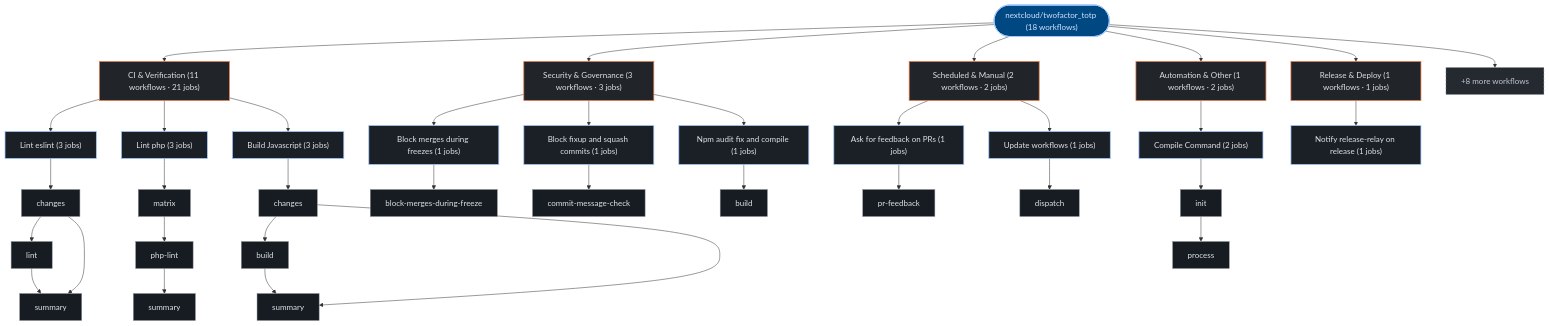
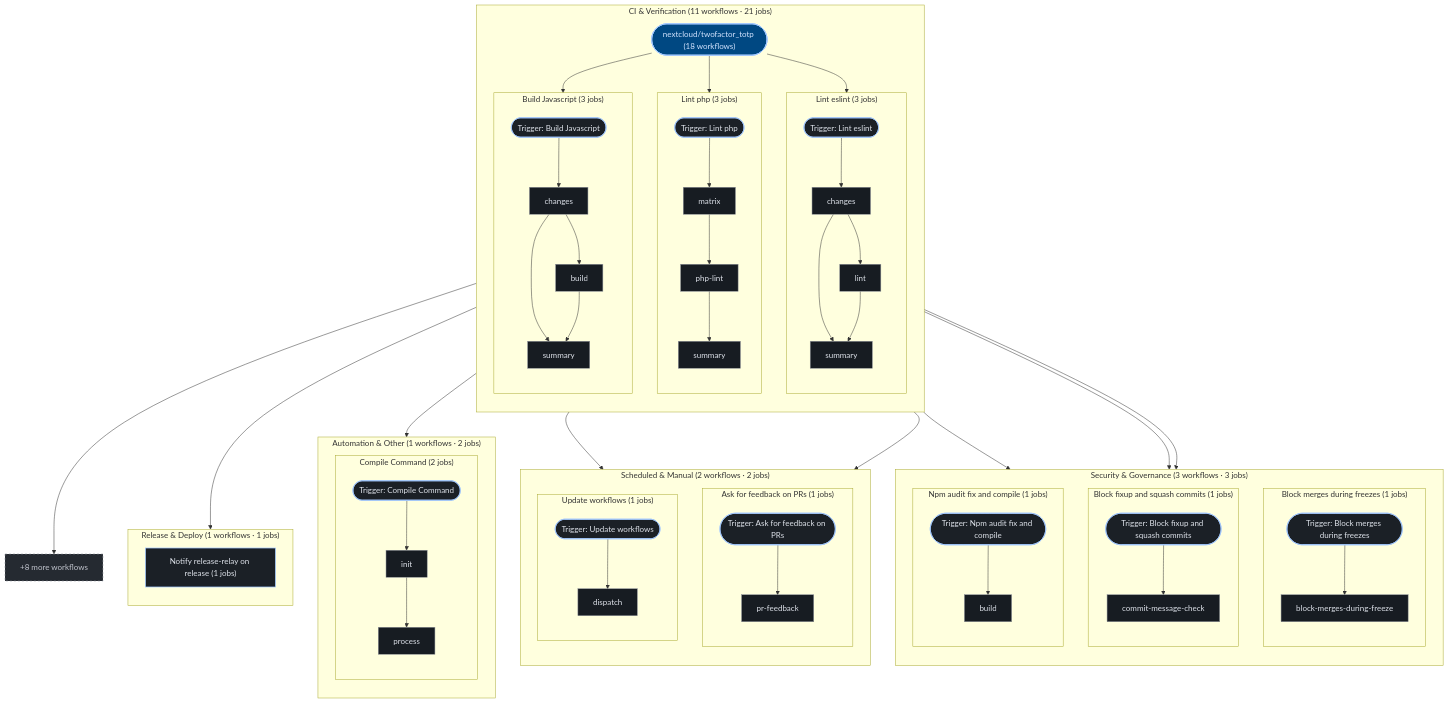
The second of 2 diagrams in exports/latest/reports/nextcloud-twofactor_totp-report.md (kumarshaz/atruss-code-atlas), drawn with Mermaid before and after one commit. The commit also changed 181 other files, not shown here.

````diff
--- a/exports/latest/reports/nextcloud-twofactor_totp-report.md
+++ b/exports/latest/reports/nextcloud-twofactor_totp-report.md
@@ -125,70 +125,102 @@
   classDef atlasAlert fill:#93000a,stroke:#ffb4ab,stroke-width:1.5px,color:#ffdad6
   classDef atlasMore fill:#252a31,stroke:#8d9199,stroke-dasharray:4 4,color:#c3c6cf
   pipeline_root(["nextcloud/twofactor_totp (18 workflows)"]):::atlasRoot
-  grp_0_CI___Verification["CI & Verification (11 workflows · 21 jobs)"]:::atlasCategory
-  pipeline_root --> grp_0_CI___Verification
-  wf_3_Lint_eslint["Lint eslint (3 jobs)"]:::atlasWorkflow
-  grp_0_CI___Verification --> wf_3_Lint_eslint
-  job_3_changes["changes"]:::atlasJob
-  job_3_lint["lint"]:::atlasJob
-  job_3_summary["summary"]:::atlasJob
-  wf_3_Lint_eslint --> job_3_changes
-  job_3_changes --> job_3_lint
-  job_3_changes --> job_3_summary
-  job_3_lint --> job_3_summary
-  wf_6_Lint_php["Lint php (3 jobs)"]:::atlasWorkflow
-  grp_0_CI___Verification --> wf_6_Lint_php
-  job_6_matrix["matrix"]:::atlasJob
-  job_6_php_lint["php-lint"]:::atlasJob
-  job_6_summary["summary"]:::atlasJob
-  wf_6_Lint_php --> job_6_matrix
-  job_6_matrix --> job_6_php_lint
-  job_6_php_lint --> job_6_summary
-  wf_10_Build_Javascript["Build Javascript (3 jobs)"]:::atlasWorkflow
-  grp_0_CI___Verification --> wf_10_Build_Javascript
-  job_10_changes["changes"]:::atlasJob
-  job_10_build["build"]:::atlasJob
-  job_10_summary["summary"]:::atlasJob
-  wf_10_Build_Javascript --> job_10_changes
-  job_10_changes --> job_10_build
-  job_10_changes --> job_10_summary
-  job_10_build --> job_10_summary
-  grp_1_Security___Governance["Security & Governance (3 workflows · 3 jobs)"]:::atlasCategory
-  pipeline_root --> grp_1_Security___Governance
-  wf_0_Block_merges_during_freezes["Block merges during freezes (1 jobs)"]:::atlasWorkflow
-  grp_1_Security___Governance --> wf_0_Block_merges_during_freezes
-  job_0_block_merges_during_freeze["block-merges-during-freeze"]:::atlasJob
-  wf_0_Block_merges_during_freezes --> job_0_block_merges_during_freeze
-  wf_2_Block_fixup_and_squash_commits["Block fixup and squash commits (1 jobs)"]:::atlasWorkflow
-  grp_1_Security___Governance --> wf_2_Block_fixup_and_squash_commits
-  job_2_commit_message_check["commit-message-check"]:::atlasJob
-  wf_2_Block_fixup_and_squash_commits --> job_2_commit_message_check
-  wf_9_Npm_audit_fix_and_compile["Npm audit fix and compile (1 jobs)"]:::atlasWorkflow
-  grp_1_Security___Governance --> wf_9_Npm_audit_fix_and_compile
-  job_9_build["build"]:::atlasJob
-  wf_9_Npm_audit_fix_and_compile --> job_9_build
-  grp_2_Scheduled___Manual["Scheduled & Manual (2 workflows · 2 jobs)"]:::atlasCategory
-  pipeline_root --> grp_2_Scheduled___Manual
-  wf_12_Ask_for_feedback_on_PRs["Ask for feedback on PRs (1 jobs)"]:::atlasWorkflow
-  grp_2_Scheduled___Manual --> wf_12_Ask_for_feedback_on_PRs
-  job_12_pr_feedback["pr-feedback"]:::atlasJob
-  wf_12_Ask_for_feedback_on_PRs --> job_12_pr_feedback
-  wf_16_Update_workflows["Update workflows (1 jobs)"]:::atlasWorkflow
-  grp_2_Scheduled___Manual --> wf_16_Update_workflows
-  job_16_dispatch["dispatch"]:::atlasJob
-  wf_16_Update_workflows --> job_16_dispatch
-  grp_3_Automation___Other["Automation & Other (1 workflows · 2 jobs)"]:::atlasCategory
-  pipeline_root --> grp_3_Automation___Other
-  wf_1_Compile_Command["Compile Command (2 jobs)"]:::atlasWorkflow
-  grp_3_Automation___Other --> wf_1_Compile_Command
-  job_1_init["init"]:::atlasJob
-  job_1_process["process"]:::atlasJob
-  wf_1_Compile_Command --> job_1_init
-  job_1_init --> job_1_process
-  grp_4_Release___Deploy["Release & Deploy (1 workflows · 1 jobs)"]:::atlasCategory
-  pipeline_root --> grp_4_Release___Deploy
-  wf_14_Notify_release_relay_on_release["Notify release-relay on release (1 jobs)"]:::atlasWorkflow
-  grp_4_Release___Deploy --> wf_14_Notify_release_relay_on_release
+  subgraph sg_grp_0_CI___Verification["CI & Verification (11 workflows · 21 jobs)"]
+    direction TB
+    subgraph sg_wf_3_Lint_eslint["Lint eslint (3 jobs)"]
+      direction TB
+      wf_3_Lint_eslint(["Trigger: Lint eslint"]):::atlasWorkflow
+      job_3_changes["changes"]:::atlasJob
+      job_3_lint["lint"]:::atlasJob
+      job_3_summary["summary"]:::atlasJob
+      wf_3_Lint_eslint --> job_3_changes
+      job_3_changes --> job_3_lint
+      job_3_changes --> job_3_summary
+      job_3_lint --> job_3_summary
+    end
+    pipeline_root --> wf_3_Lint_eslint
+    subgraph sg_wf_6_Lint_php["Lint php (3 jobs)"]
+      direction TB
+      wf_6_Lint_php(["Trigger: Lint php"]):::atlasWorkflow
+      job_6_matrix["matrix"]:::atlasJob
+      job_6_php_lint["php-lint"]:::atlasJob
+      job_6_summary["summary"]:::atlasJob
+      wf_6_Lint_php --> job_6_matrix
+      job_6_matrix --> job_6_php_lint
+      job_6_php_lint --> job_6_summary
+    end
+    pipeline_root --> wf_6_Lint_php
+    subgraph sg_wf_10_Build_Javascript["Build Javascript (3 jobs)"]
+      direction TB
+      wf_10_Build_Javascript(["Trigger: Build Javascript"]):::atlasWorkflow
+      job_10_changes["changes"]:::atlasJob
+      job_10_build["build"]:::atlasJob
+      job_10_summary["summary"]:::atlasJob
+      wf_10_Build_Javascript --> job_10_changes
+      job_10_changes --> job_10_build
+      job_10_changes --> job_10_summary
+      job_10_build --> job_10_summary
+    end
+    pipeline_root --> wf_10_Build_Javascript
+  end
+  subgraph sg_grp_1_Security___Governance["Security & Governance (3 workflows · 3 jobs)"]
+    direction TB
+    subgraph sg_wf_0_Block_merges_during_freezes["Block merges during freezes (1 jobs)"]
+      direction TB
+      wf_0_Block_merges_during_freezes(["Trigger: Block merges during freezes"]):::atlasWorkflow
+      job_0_block_merges_during_freeze["block-merges-during-freeze"]:::atlasJob
+      wf_0_Block_merges_during_freezes --> job_0_block_merges_during_freeze
+    end
+    pipeline_root --> wf_0_Block_merges_during_freezes
+    subgraph sg_wf_2_Block_fixup_and_squash_commits["Block fixup and squash commits (1 jobs)"]
+      direction TB
+      wf_2_Block_fixup_and_squash_commits(["Trigger: Block fixup and squash commits"]):::atlasWorkflow
+      job_2_commit_message_check["commit-message-check"]:::atlasJob
+      wf_2_Block_fixup_and_squash_commits --> job_2_commit_message_check
+    end
+    pipeline_root --> wf_2_Block_fixup_and_squash_commits
+    subgraph sg_wf_9_Npm_audit_fix_and_compile["Npm audit fix and compile (1 jobs)"]
+      direction TB
+      wf_9_Npm_audit_fix_and_compile(["Trigger: Npm audit fix and compile"]):::atlasWorkflow
+      job_9_build["build"]:::atlasJob
+      wf_9_Npm_audit_fix_and_compile --> job_9_build
+    end
+    pipeline_root --> wf_9_Npm_audit_fix_and_compile
+  end
+  subgraph sg_grp_2_Scheduled___Manual["Scheduled & Manual (2 workflows · 2 jobs)"]
+    direction TB
+    subgraph sg_wf_12_Ask_for_feedback_on_PRs["Ask for feedback on PRs (1 jobs)"]
+      direction TB
+      wf_12_Ask_for_feedback_on_PRs(["Trigger: Ask for feedback on PRs"]):::atlasWorkflow
+      job_12_pr_feedback["pr-feedback"]:::atlasJob
+      wf_12_Ask_for_feedback_on_PRs --> job_12_pr_feedback
+    end
+    pipeline_root --> wf_12_Ask_for_feedback_on_PRs
+    subgraph sg_wf_16_Update_workflows["Update workflows (1 jobs)"]
+      direction TB
+      wf_16_Update_workflows(["Trigger: Update workflows"]):::atlasWorkflow
+      job_16_dispatch["dispatch"]:::atlasJob
+      wf_16_Update_workflows --> job_16_dispatch
+    end
+    pipeline_root --> wf_16_Update_workflows
+  end
+  subgraph sg_grp_3_Automation___Other["Automation & Other (1 workflows · 2 jobs)"]
+    direction TB
+    subgraph sg_wf_1_Compile_Command["Compile Command (2 jobs)"]
+      direction TB
+      wf_1_Compile_Command(["Trigger: Compile Command"]):::atlasWorkflow
+      job_1_init["init"]:::atlasJob
+      job_1_process["process"]:::atlasJob
+      wf_1_Compile_Command --> job_1_init
+      job_1_init --> job_1_process
+    end
+    pipeline_root --> wf_1_Compile_Command
+  end
+  subgraph sg_grp_4_Release___Deploy["Release & Deploy (1 workflows · 1 jobs)"]
+    direction TB
+    wf_14_Notify_release_relay_on_release["Notify release-relay on release (1 jobs)"]:::atlasWorkflow
+    pipeline_root --> wf_14_Notify_release_relay_on_release
+  end
   wf_more["+8 more workflows"]:::atlasMore
   pipeline_root --> wf_more
 ```
````
